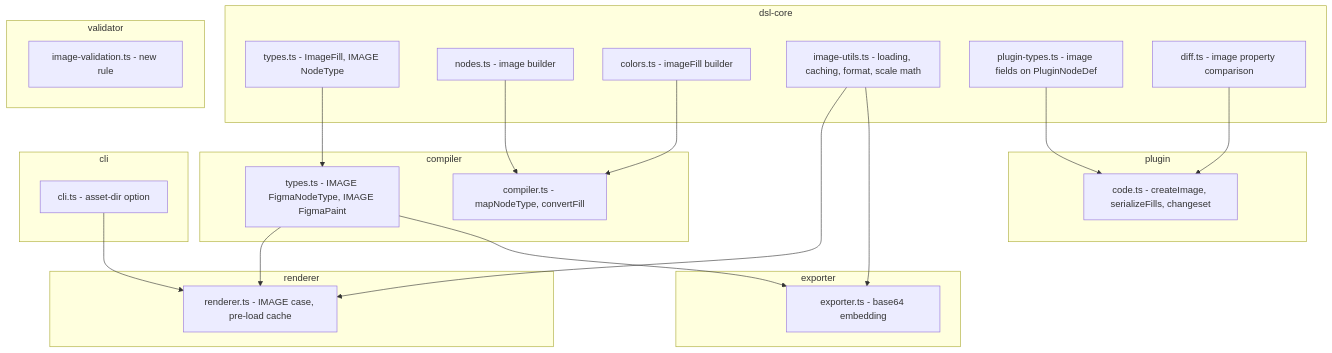
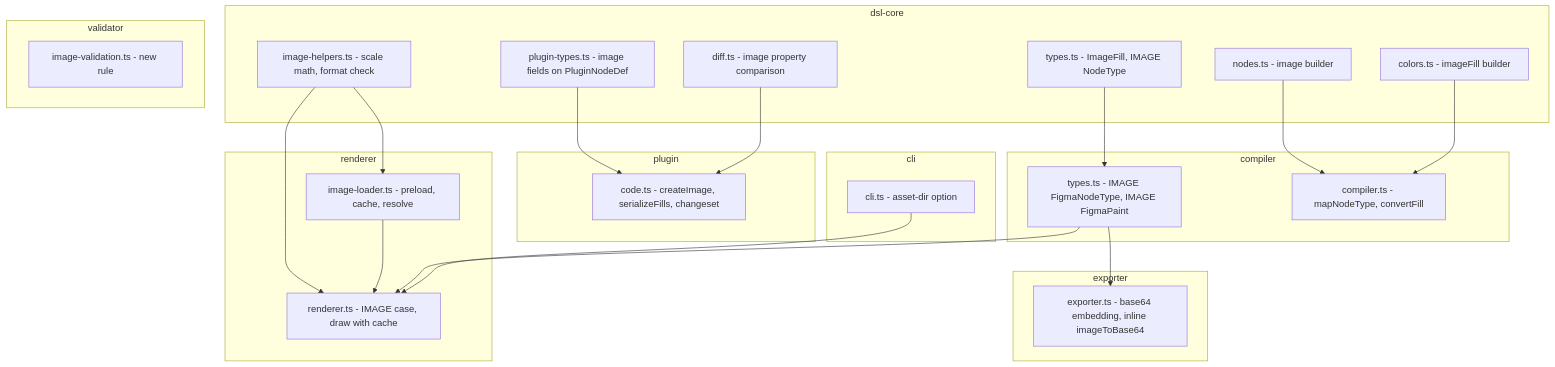
Before and after one commit to TETRA2000/figma-component-dsl: the first of 5 diagrams in .kiro/specs/DSL/design.md, drawn with Mermaid. The commit also changed other lines of this file and 1 other file, not shown here.

First line of the commit message:
refactor: apply design review suggestions to DSL image spec

````diff
--- a/.kiro/specs/DSL/design.md
+++ b/.kiro/specs/DSL/design.md
@@ -44,47 +44,49 @@
 ```mermaid
 graph TB
     subgraph DSL_Core[dsl-core]
         Types[types.ts - ImageFill, IMAGE NodeType]
         Nodes[nodes.ts - image builder]
         Colors[colors.ts - imageFill builder]
-        ImageUtils[image-utils.ts - loading, caching, format, scale math]
+        ImageHelpers[image-helpers.ts - scale math, format check]
         PluginTypes[plugin-types.ts - image fields on PluginNodeDef]
         Diff[diff.ts - image property comparison]
     end
 
     subgraph Compiler[compiler]
         CompTypes[types.ts - IMAGE FigmaNodeType, IMAGE FigmaPaint]
         CompMain[compiler.ts - mapNodeType, convertFill]
     end
 
     subgraph Renderer[renderer]
-        Render[renderer.ts - IMAGE case, pre-load cache]
+        ImageLoader[image-loader.ts - preload, cache, resolve]
+        Render[renderer.ts - IMAGE case, draw with cache]
     end
 
     subgraph Exporter[exporter]
-        Export[exporter.ts - base64 embedding]
+        Export[exporter.ts - base64 embedding, inline imageToBase64]
     end
 
     subgraph Plugin[plugin]
         PluginCode[code.ts - createImage, serializeFills, changeset]
     end
 
     subgraph Validator[validator]
         ImageRule[image-validation.ts - new rule]
     end
 
     subgraph CLI[cli]
         CLIMain[cli.ts - asset-dir option]
     end
 
     Types --> CompTypes
     Nodes --> CompMain
     Colors --> CompMain
-    ImageUtils --> Render
-    ImageUtils --> Export
+    ImageHelpers --> Render
+    ImageHelpers --> ImageLoader
+    ImageLoader --> Render
     CompTypes --> Render
     CompTypes --> Export
     PluginTypes --> PluginCode
     Diff --> PluginCode
     CLIMain --> Render
 ```
````
